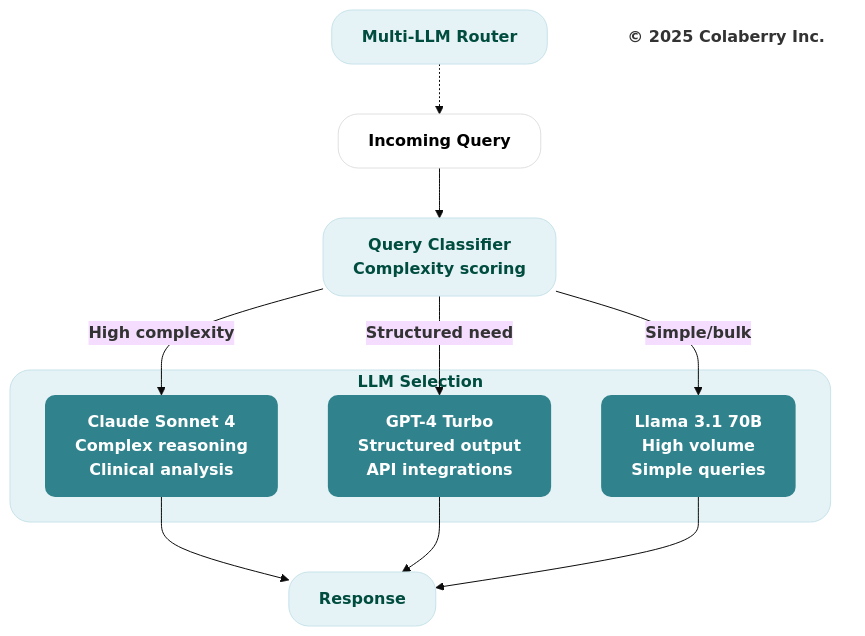
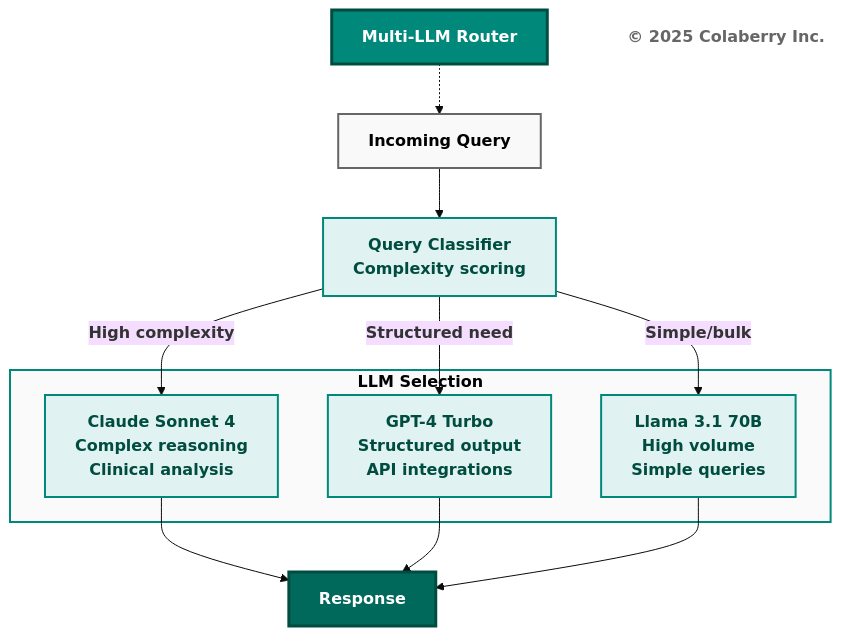
The ninth of 13 diagrams in manuscript/06_chapter_5_intelligence_layers.md (saitejesh-cyber/trust-before-intelligence-book), drawn with Mermaid (base theme) before and after one commit. The commit also changed other lines of this file and 12 other files, not shown here.

Commit message:
Restore legacy Mermaid styles for Option 1

````diff
--- a/manuscript/06_chapter_5_intelligence_layers.md
+++ b/manuscript/06_chapter_5_intelligence_layers.md
@@ -756,37 +745,37 @@
 ```mermaid
 graph TB
     TITLE["<b>Multi-LLM Router</b>"]
     
     Q["<b>Incoming Query</b>"]
     
     CLASS["<b>Query Classifier</b><br/><b>Complexity scoring</b>"]
     
     subgraph routing["<b>LLM Selection</b>"]
         CLAUDE["<b>Claude Sonnet 4</b><br/><b>Complex reasoning</b><br/><b>Clinical analysis</b>"]
         GPT["<b>GPT-4 Turbo</b><br/><b>Structured output</b><br/><b>API integrations</b>"]
         LLAMA["<b>Llama 3.1 70B</b><br/><b>High volume</b><br/><b>Simple queries</b>"]
     end
     
     OUT["<b>Response</b>"]
     
     TITLE -.-> Q
     Q --> CLASS
     CLASS -->|<b>High complexity</b>| CLAUDE
     CLASS -->|<b>Structured need</b>| GPT
     CLASS -->|<b>Simple/bulk</b>| LLAMA
     CLAUDE --> OUT
     GPT --> OUT
     LLAMA --> OUT
     
     Copyright["<b>© 2025 Colaberry Inc.</b>"]
     
-    style TITLE fill:#e6f3f6,stroke:#c7e3ea,stroke-width:1px,color:#004d40,rx:20,ry:20
-    style Q fill:#ffffff,stroke:#e0e0e0,stroke-width:1px,color:#000000,rx:20,ry:20
-    style CLASS fill:#e6f3f6,stroke:#c7e3ea,stroke-width:1px,color:#004d40,rx:20,ry:20
-    style routing fill:#e6f3f6,stroke:#c7e3ea,stroke-width:1px,color:#004d40,rx:20,ry:20
-    style CLAUDE fill:#30838C,stroke:none,color:#ffffff,rx:10,ry:10
-    style GPT fill:#30838C,stroke:none,color:#ffffff,rx:10,ry:10
-    style LLAMA fill:#30838C,stroke:none,color:#ffffff,rx:10,ry:10
-    style OUT fill:#e6f3f6,stroke:#c7e3ea,stroke-width:1px,color:#004d40,rx:20,ry:20
-    style Copyright fill:none,stroke:none,color:#333333
+    style TITLE fill:#00897b,color:#ffffff,stroke:#004d40,stroke-width:3px
+    style Q fill:#f9f9f9,stroke:#666666,stroke-width:2px,color:#000000
+    style CLASS fill:#e0f2f1,stroke:#00897b,stroke-width:2px,color:#004d40
+    style routing fill:#fafafa,stroke:#00897b,stroke-width:2px,color:#000000
+    style CLAUDE fill:#e0f2f1,stroke:#00897b,stroke-width:2px,color:#004d40
+    style GPT fill:#e0f2f1,stroke:#00897b,stroke-width:2px,color:#004d40
+    style LLAMA fill:#e0f2f1,stroke:#00897b,stroke-width:2px,color:#004d40
+    style OUT fill:#00695c,color:#ffffff,stroke:#004d40,stroke-width:3px
+    style Copyright fill:#ffffff,stroke:none,color:#666666
 ```
````
